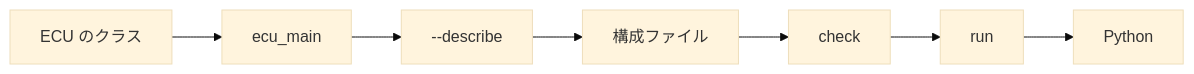
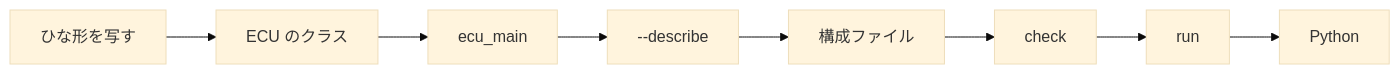
The diagram in docs/howto/first-ecu.md (rahanahu/vehicle-sil), drawn with Mermaid (base theme) before and after one commit. The commit also changed other lines of this file and 35 other files, not shown here.

````diff
--- a/docs/howto/first-ecu.md
+++ b/docs/howto/first-ecu.md
@@ -9,9 +9,10 @@
 ```mermaid
 flowchart LR
-    write["ECU のクラス"] --> main["ecu_main"]
+    copy["ひな形を写す"] --> write["ECU のクラス"]
+    write --> main["ecu_main"]
     main --> describe["--describe"]
     describe --> config["構成ファイル"]
     config --> check["check"]
     check --> run["run"]
     run --> python["Python"]
 ```
````
